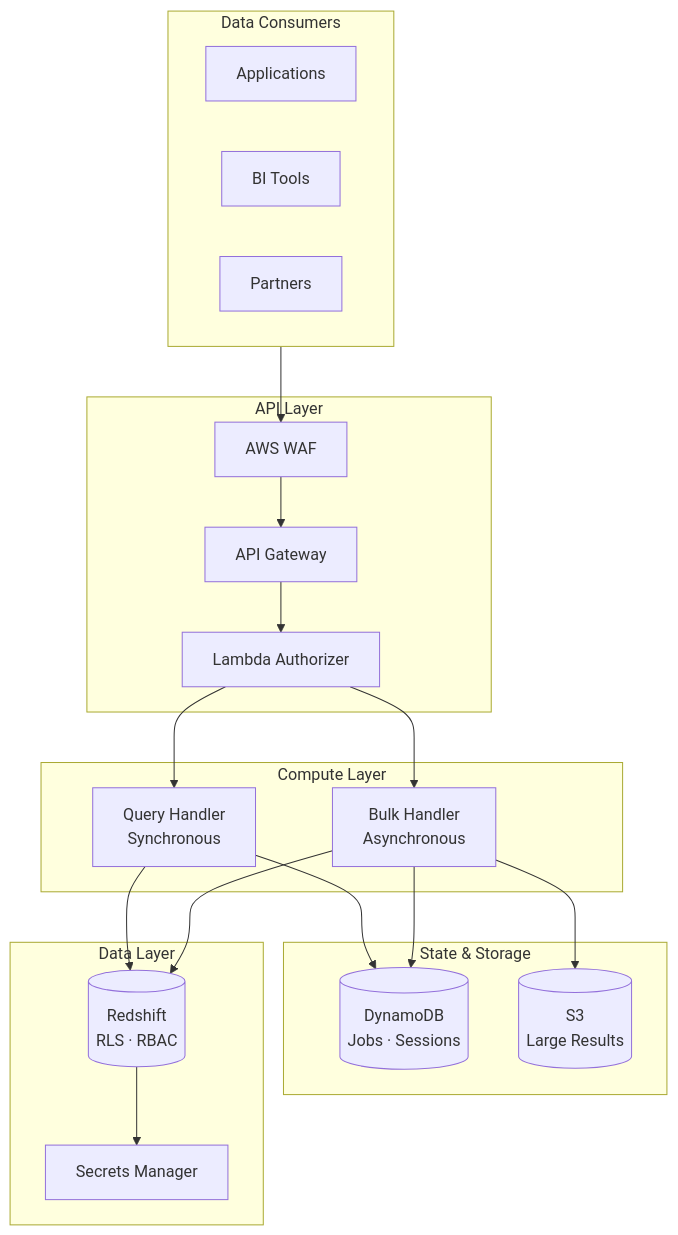
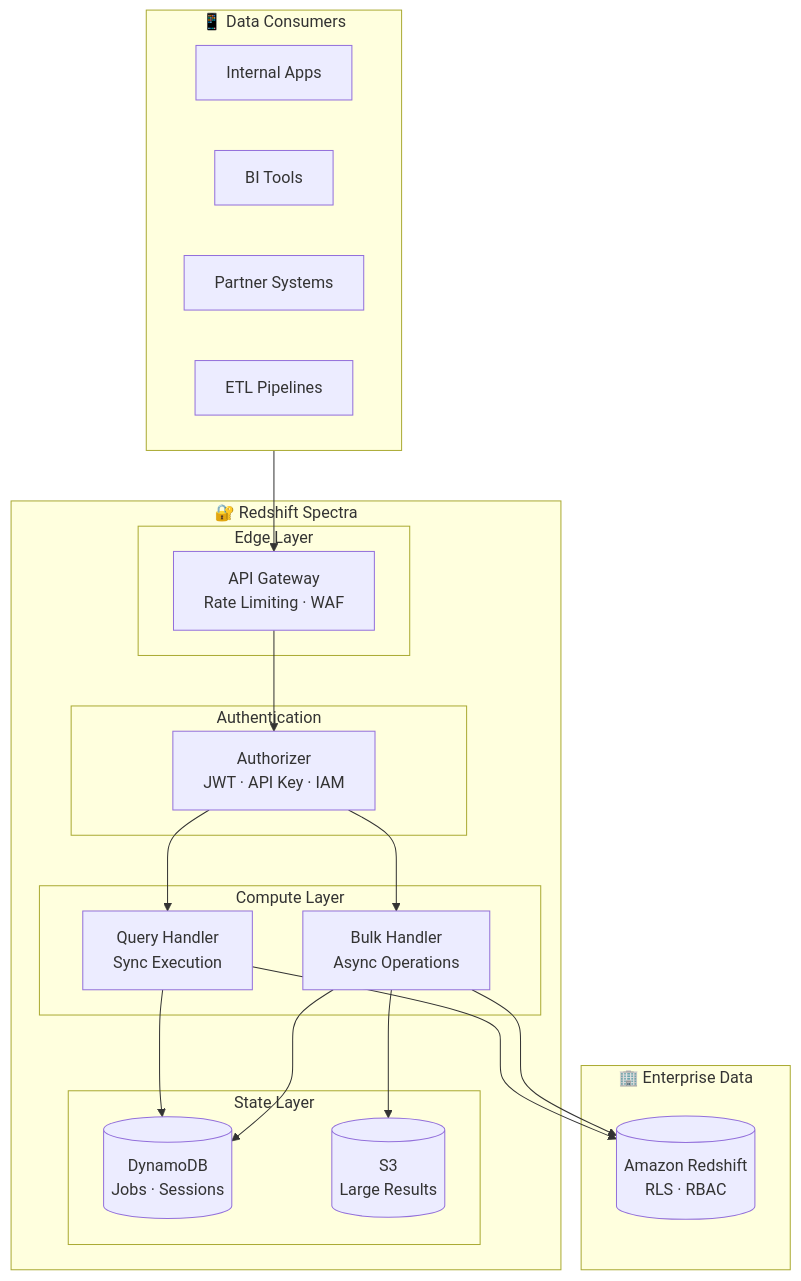
Before and after one commit to zhiweio/redshift-spectra: the second of 2 diagrams in README.md, drawn with Mermaid. The commit also changed other lines of this file and 19 other files, not shown here.

````diff
--- a/README.md
+++ b/README.md
@@ -30,39 +51,43 @@
 ```mermaid
 flowchart TB
-    subgraph Clients["Data Consumers"]
-        APP[Applications]
+    subgraph Consumers["📱 Data Consumers"]
+        APP[Internal Apps]
         BI[BI Tools]
-        PARTNER[Partners]
+        PARTNER[Partner Systems]
+        ETL[ETL Pipelines]
     end
 
-    subgraph Edge["API Layer"]
-        WAF[AWS WAF]
-        GW[API Gateway]
-        AUTH[Lambda Authorizer]
+    subgraph Spectra["🔐 Redshift Spectra"]
+        subgraph Edge["Edge Layer"]
+            APIGW[API Gateway<br/>Rate Limiting · WAF]
+        end
+
+        subgraph Auth["Authentication"]
+            AUTHZ[Authorizer<br/>JWT · API Key · IAM]
+        end
+
+        subgraph Compute["Compute Layer"]
+            QUERY[Query Handler<br/>Sync Execution]
+            BULK[Bulk Handler<br/>Async Operations]
+        end
+
+        subgraph State["State Layer"]
+            DDB[(DynamoDB<br/>Jobs · Sessions)]
+            S3[(S3<br/>Large Results)]
+        end
     end
 
-    subgraph Compute["Compute Layer"]
-        QUERY[Query Handler<br/>Synchronous]
-        BULK[Bulk Handler<br/>Asynchronous]
+    subgraph Data["🏢 Enterprise Data"]
+        RS[(Amazon Redshift<br/>RLS · RBAC)]
     end
 
-    subgraph State["State & Storage"]
-        DDB[(DynamoDB<br/>Jobs · Sessions)]
-        S3[(S3<br/>Large Results)]
-    end
-
-    subgraph Data["Data Layer"]
-        RS[(Redshift<br/>RLS · RBAC)]
-        SM[Secrets Manager]
-    end
-
-    Clients --> WAF --> GW --> AUTH
-    AUTH --> QUERY
-    AUTH --> BULK
+    Consumers --> APIGW
+    APIGW --> AUTHZ
+    AUTHZ --> QUERY
+    AUTHZ --> BULK
     QUERY --> DDB
     QUERY --> RS
     BULK --> DDB
     BULK --> S3
     BULK --> RS
-    RS --> SM
 ```
````
